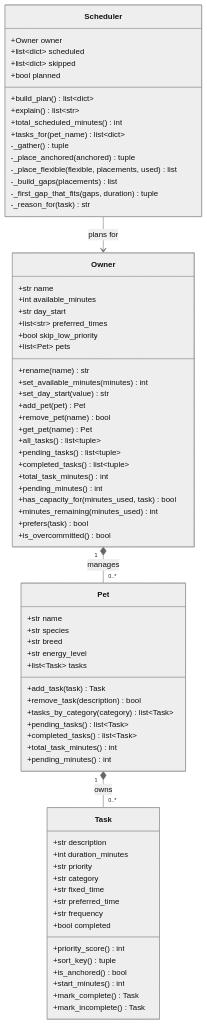
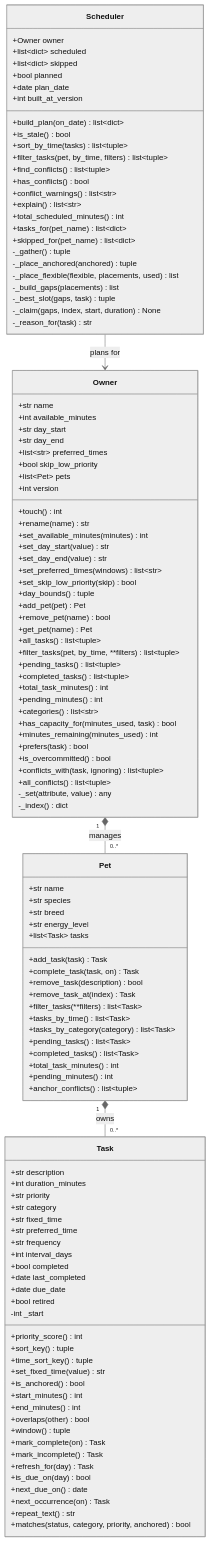
The diagram in diagrams/uml.mmd (JayDaDIN/ai110-module2show-pawpal-starter), drawn with Mermaid (neutral theme) before and after one commit. The commit also changed 6 other files, not shown here.

```diff
--- a/diagrams/uml.mmd
+++ b/diagrams/uml.mmd
@@ -1,83 +1,130 @@
 classDiagram
     %% PawPal+ — four classes, one per core action of the system.
     %% Task tracks work, Owner manages pets and constraints, Scheduler plans.
     %% All four are Python @dataclass types, defined in pawpal_system.py.
-    %% On Scheduler, `scheduled`, `skipped` and `planned` are results of
-    %% build_plan(), not constructor parameters (field(init=False)).
+    %% On Scheduler, `scheduled`, `skipped`, `planned`, `plan_date` and
+    %% `built_at_version` are results of build_plan(), not constructor
+    %% parameters (field(init=False)). The same is true of Owner.version.
+    %% Recurrence is a gap in days: `interval_days` plus `last_completed`
+    %% decide whether a task is due, so `frequency` is only a preset for it.
 
     class Task {
         +str description
         +int duration_minutes
         +str priority
         +str category
         +str fixed_time
         +str preferred_time
         +str frequency
+        +int interval_days
         +bool completed
+        +date last_completed
+        +date due_date
+        +bool retired
+        -int _start
         +priority_score() int
         +sort_key() tuple
+        +time_sort_key() tuple
+        +set_fixed_time(value) str
         +is_anchored() bool
         +start_minutes() int
-        +mark_complete() Task
+        +end_minutes() int
+        +overlaps(other) bool
+        +window() tuple
+        +mark_complete(on) Task
         +mark_incomplete() Task
+        +refresh_for(day) Task
+        +is_due_on(day) bool
+        +next_due_on() date
+        +next_occurrence(on) Task
+        +repeat_text() str
+        +matches(status, category, priority, anchored) bool
     }
 
     class Pet {
         +str name
         +str species
         +str breed
         +str energy_level
         +list~Task~ tasks
         +add_task(task) Task
+        +complete_task(task, on) Task
         +remove_task(description) bool
+        +remove_task_at(index) Task
+        +filter_tasks(**filters) list~Task~
+        +tasks_by_time() list~Task~
         +tasks_by_category(category) list~Task~
         +pending_tasks() list~Task~
         +completed_tasks() list~Task~
         +total_task_minutes() int
         +pending_minutes() int
+        +anchor_conflicts() list~tuple~
     }
 
     class Owner {
         +str name
         +int available_minutes
         +str day_start
+        +str day_end
         +list~str~ preferred_times
         +bool skip_low_priority
         +list~Pet~ pets
+        +int version
+        +touch() int
         +rename(name) str
         +set_available_minutes(minutes) int
         +set_day_start(value) str
+        +set_day_end(value) str
+        +set_preferred_times(windows) list~str~
+        +set_skip_low_priority(skip) bool
+        +day_bounds() tuple
         +add_pet(pet) Pet
         +remove_pet(name) bool
         +get_pet(name) Pet
         +all_tasks() list~tuple~
+        +filter_tasks(pet, by_time, **filters) list~tuple~
         +pending_tasks() list~tuple~
         +completed_tasks() list~tuple~
         +total_task_minutes() int
         +pending_minutes() int
+        +categories() list~str~
         +has_capacity_for(minutes_used, task) bool
         +minutes_remaining(minutes_used) int
         +prefers(task) bool
         +is_overcommitted() bool
+        +conflicts_with(task, ignoring) list~tuple~
+        +all_conflicts() list~tuple~
+        -_set(attribute, value) any
+        -_index() dict
     }
 
     class Scheduler {
         +Owner owner
         +list~dict~ scheduled
         +list~dict~ skipped
         +bool planned
-        +build_plan() list~dict~
+        +date plan_date
+        +int built_at_version
+        +build_plan(on_date) list~dict~
+        +is_stale() bool
+        +sort_by_time(tasks) list~tuple~
+        +filter_tasks(pet, by_time, filters) list~tuple~
+        +find_conflicts() list~tuple~
+        +has_conflicts() bool
+        +conflict_warnings() list~str~
         +explain() list~str~
         +total_scheduled_minutes() int
         +tasks_for(pet_name) list~dict~
+        +skipped_for(pet_name) list~dict~
         -_gather() tuple
         -_place_anchored(anchored) tuple
         -_place_flexible(flexible, placements, used) list
         -_build_gaps(placements) list
-        -_first_gap_that_fits(gaps, duration) tuple
+        -_best_slot(gaps, task) tuple
+        -_claim(gaps, index, start, duration) None
         -_reason_for(task) str
     }
 
     Owner "1" *-- "0..*" Pet : manages
     Pet "1" *-- "0..*" Task : owns
     Scheduler --> Owner : plans for
```
